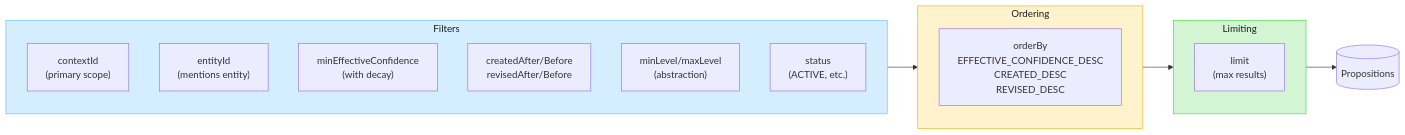
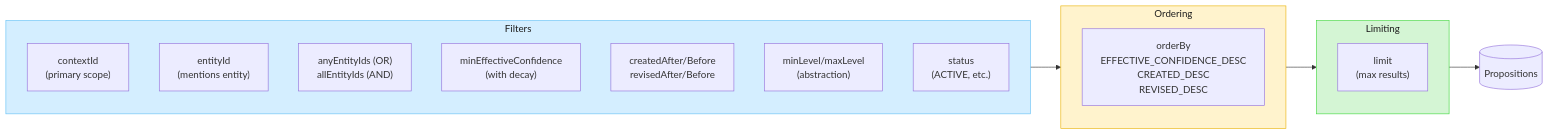
Before and after one commit to embabel/dice: the ninth of 13 diagrams in README.md, drawn with Mermaid. The commit also changed other lines of this file and 6 other files, not shown here.

````diff
--- a/README.md
+++ b/README.md
@@ -956,25 +956,26 @@
 ```mermaid
 flowchart LR
     subgraph Filters["Filters"]
         CTX["contextId<br/>(primary scope)"]
         ENT["entityId<br/>(mentions entity)"]
+        MENT["anyEntityIds (OR)<br/>allEntityIds (AND)"]
         CONF["minEffectiveConfidence<br/>(with decay)"]
         TIME["createdAfter/Before<br/>revisedAfter/Before"]
         LVL["minLevel/maxLevel<br/>(abstraction)"]
         STAT["status<br/>(ACTIVE, etc.)"]
     end
 
     subgraph Order["Ordering"]
         ORD["orderBy<br/>EFFECTIVE_CONFIDENCE_DESC<br/>CREATED_DESC<br/>REVISED_DESC"]
     end
 
     subgraph Limit["Limiting"]
         LIM["limit<br/>(max results)"]
     end
 
     Filters --> Order --> Limit --> Results[("Propositions")]
 
     style Filters fill:#d4eeff,stroke:#63c0f5,color:#1e1e1e
     style Order fill:#fff3cd,stroke:#e9b306,color:#1e1e1e
     style Limit fill:#d4f5d4,stroke:#3fd73c,color:#1e1e1e
 ```
````
